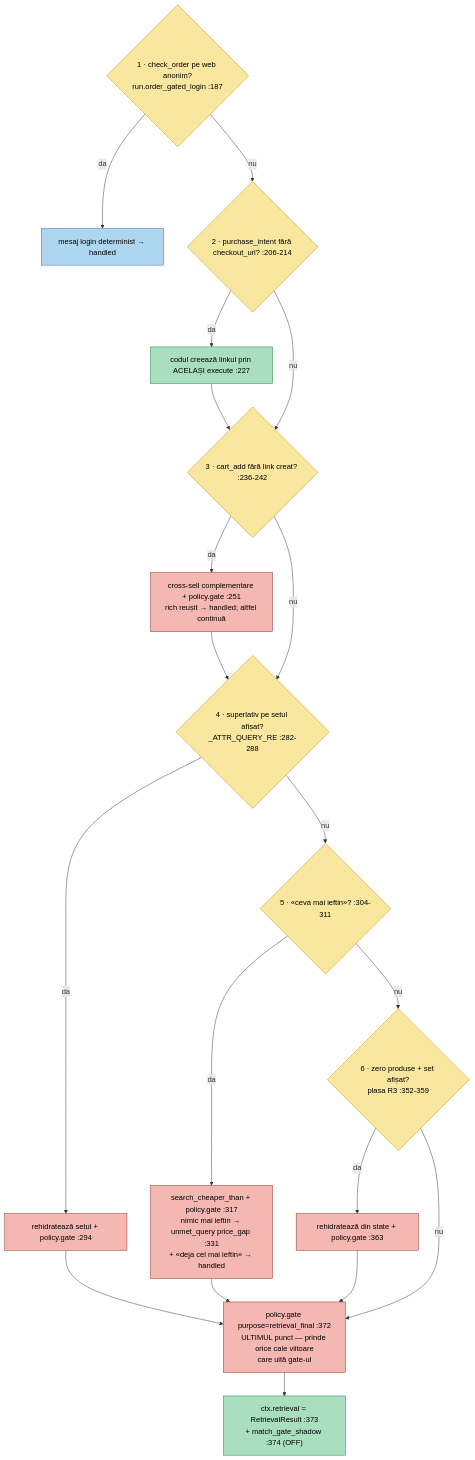
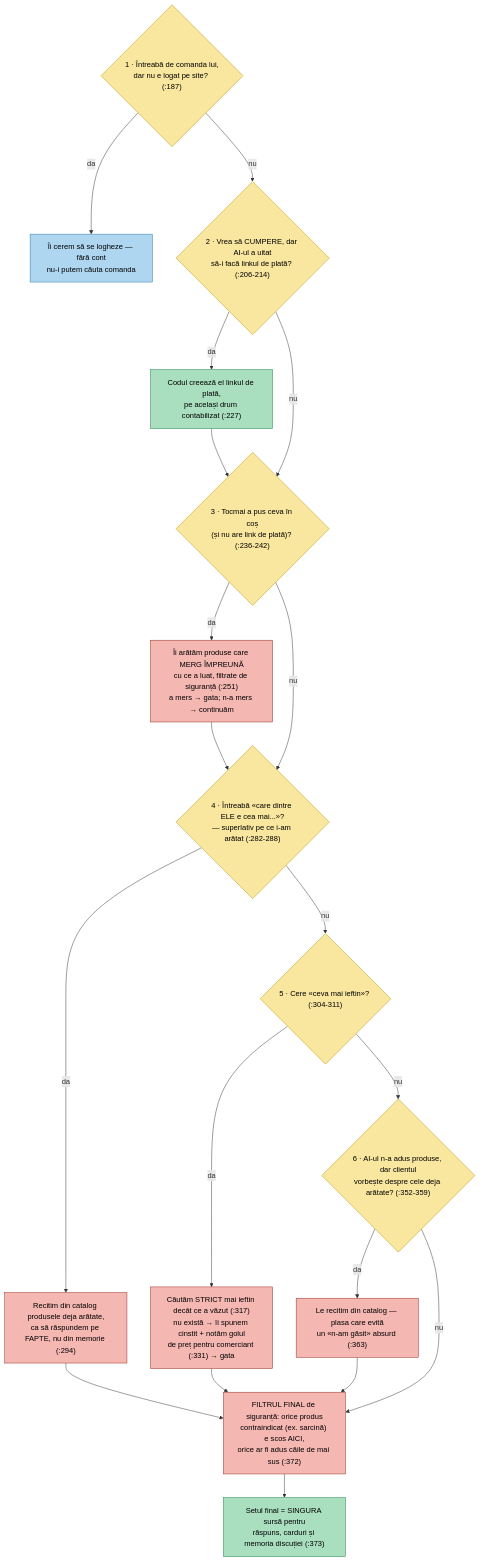
Before and after one commit to AdiBoaru/Sales-Ass: the sixth of 14 diagrams in docs/ARCHITECTURE-WORKFLOWS.md, drawn with Mermaid. The commit also changed other lines of this file, not shown here.

First line of the commit message:
docs: etichetele diagramelor pe romaneste — chenarul spune CE se intampla

````diff
--- a/docs/ARCHITECTURE-WORKFLOWS.md
+++ b/docs/ARCHITECTURE-WORKFLOWS.md
@@ -547,36 +551,36 @@
 ```mermaid
 flowchart TD
   classDef dec fill:#f9e79f,stroke:#b7950b,color:#000
   classDef out fill:#aed6f1,stroke:#2874a6,color:#000
   classDef safe fill:#f5b7b1,stroke:#922b21,color:#000
   classDef step fill:#a9dfbf,stroke:#1e8449,color:#000
 
-  P1{"1 · check_order pe web anonim?<br/>run.order_gated_login :187"}:::dec
-  O1["mesaj login determinist → handled"]:::out
-  P2{"2 · purchase_intent fără checkout_url? :206-214"}:::dec
-  S2["codul creează linkul prin ACELAȘI execute :227"]:::step
-  P3{"3 · cart_add fără link creat? :236-242"}:::dec
-  S3["cross-sell complementare + policy.gate :251<br/>rich reușit → handled; altfel continuă"]:::safe
-  P4{"4 · superlativ pe setul afișat?<br/>_ATTR_QUERY_RE :282-288"}:::dec
-  S4["rehidratează setul + policy.gate :294"]:::safe
-  P5{"5 · «ceva mai ieftin»? :304-311"}:::dec
-  S5["search_cheaper_than + policy.gate :317<br/>nimic mai ieftin → unmet_query price_gap :331<br/>+ «deja cel mai ieftin» → handled"]:::safe
-  P6{"6 · zero produse + set afișat?<br/>plasa R3 :352-359"}:::dec
-  S6["rehidratează din state + policy.gate :363"]:::safe
-  GATE["policy.gate purpose=retrieval_final :372<br/>ULTIMUL punct — prinde orice cale viitoare<br/>care uită gate-ul"]:::safe
-  RETR["ctx.retrieval = RetrievalResult :373<br/>+ match_gate_shadow :374 (OFF)"]:::step
+  P1{"1 · Întreabă de comanda lui,<br/>dar nu e logat pe site? (:187)"}:::dec
+  O1["Îi cerem să se logheze — fără cont<br/>nu-i putem căuta comanda"]:::out
+  P2{"2 · Vrea să CUMPERE, dar AI-ul a uitat<br/>să-i facă linkul de plată? (:206-214)"}:::dec
+  S2["Codul creează el linkul de plată,<br/>pe același drum contabilizat (:227)"]:::step
+  P3{"3 · Tocmai a pus ceva în coș<br/>(și nu are link de plată)? (:236-242)"}:::dec
+  S3["Îi arătăm produse care MERG ÎMPREUNĂ<br/>cu ce a luat, filtrate de siguranță (:251)<br/>a mers → gata; n-a mers → continuăm"]:::safe
+  P4{"4 · Întreabă «care dintre ELE e cea mai...»?<br/>— superlativ pe ce i-am arătat (:282-288)"}:::dec
+  S4["Recitim din catalog produsele deja arătate,<br/>ca să răspundem pe FAPTE, nu din memorie (:294)"]:::safe
+  P5{"5 · Cere «ceva mai ieftin»? (:304-311)"}:::dec
+  S5["Căutăm STRICT mai ieftin decât ce a văzut (:317)<br/>nu există → îi spunem cinstit + notăm golul<br/>de preț pentru comerciant (:331) → gata"]:::safe
+  P6{"6 · AI-ul n-a adus produse, dar clientul<br/>vorbește despre cele deja arătate? (:352-359)"}:::dec
+  S6["Le recitim din catalog — plasa care evită<br/>un «n-am găsit» absurd (:363)"]:::safe
+  GATE["FILTRUL FINAL de siguranță: orice produs<br/>contraindicat (ex. sarcină) e scos AICI,<br/>orice ar fi adus căile de mai sus (:372)"]:::safe
+  RETR["Setul final = SINGURA sursă pentru<br/>răspuns, carduri și memoria discuției (:373)"]:::step
 
   P1 -- da --> O1
   P1 -- nu --> P2
   P2 -- da --> S2 --> P3
   P2 -- nu --> P3
   P3 -- da --> S3 --> P4
   P3 -- nu --> P4
   P4 -- da --> S4 --> GATE
   P4 -- nu --> P5
   P5 -- da --> S5 --> GATE
   P5 -- nu --> P6
   P6 -- da --> S6 --> GATE
   P6 -- nu --> GATE
   GATE --> RETR
 ```
````
